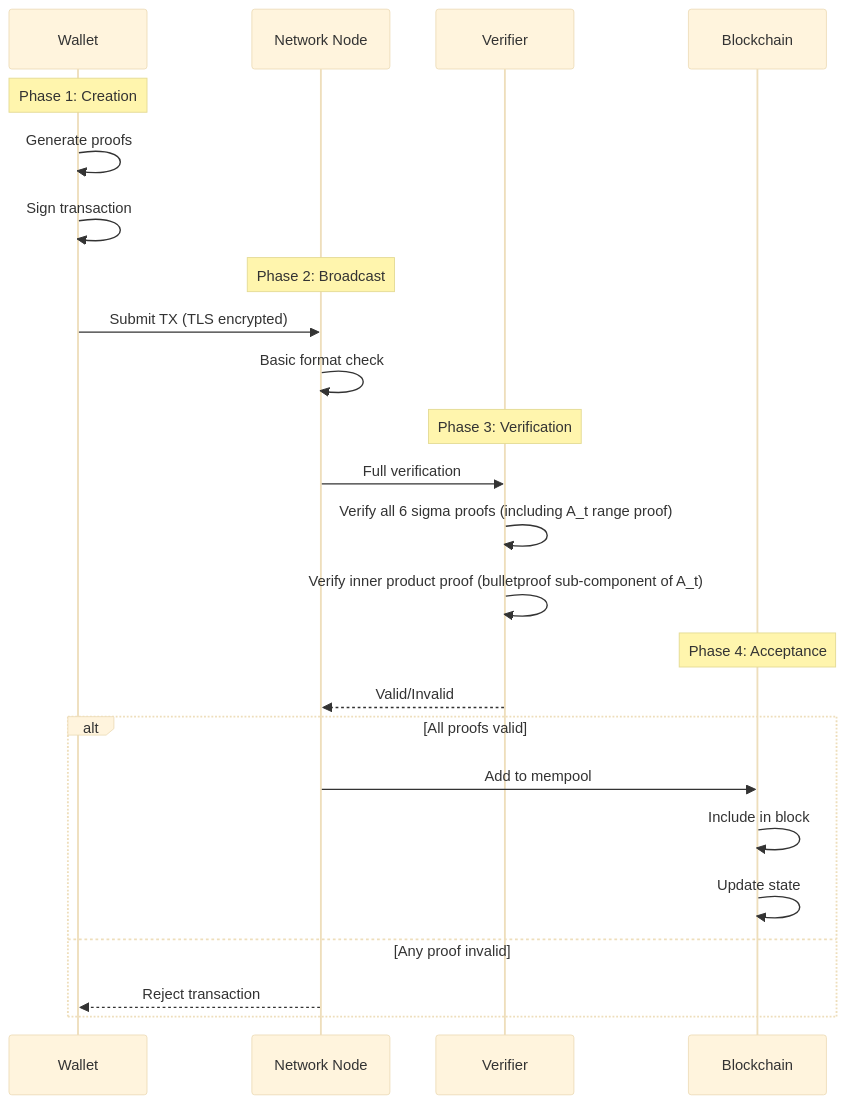
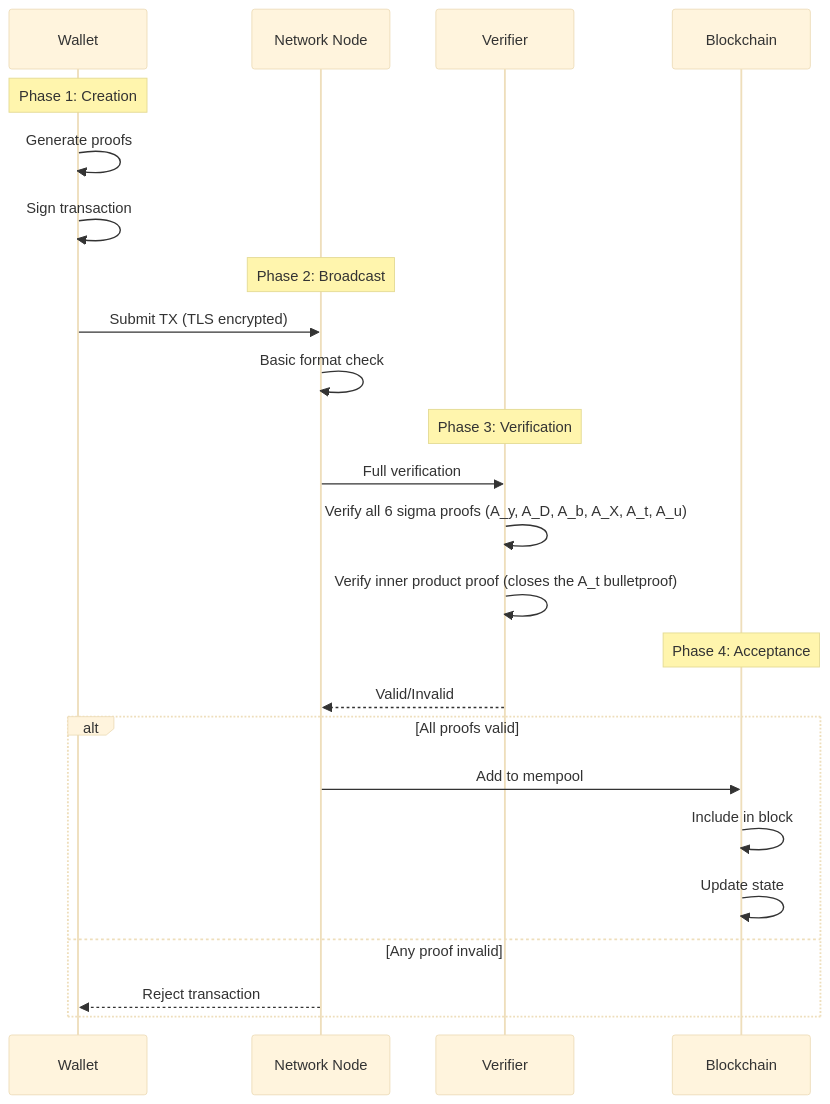
Before and after one commit to DHEBP/dero-docs: the first of 6 diagrams in derod-main/pages/integrity/proof-verification-flow.mdx, drawn with Mermaid (base theme). The commit also changed other lines of this file and 8 other files, not shown here.

````diff
--- a/derod-main/pages/integrity/proof-verification-flow.mdx
+++ b/derod-main/pages/integrity/proof-verification-flow.mdx
@@ -24,30 +24,30 @@
 ```mermaid
 sequenceDiagram
     participant W as Wallet
     participant N as Network Node
     participant V as Verifier
     participant BC as Blockchain
     
     Note over W: Phase 1: Creation
     W->>W: Generate proofs
     W->>W: Sign transaction
     
     Note over N: Phase 2: Broadcast
     W->>N: Submit TX (TLS encrypted)
     N->>N: Basic format check
     
     Note over V: Phase 3: Verification
     N->>V: Full verification
-    V->>V: Verify all 6 sigma proofs (including A_t range proof)
-    V->>V: Verify inner product proof (bulletproof sub-component of A_t)
+    V->>V: Verify all 6 sigma proofs (A_y, A_D, A_b, A_X, A_t, A_u)
+    V->>V: Verify inner product proof (closes the A_t bulletproof)
     
     Note over BC: Phase 4: Acceptance
     V-->>N: Valid/Invalid
     alt All proofs valid
         N->>BC: Add to mempool
         BC->>BC: Include in block
         BC->>BC: Update state
     else Any proof invalid
         N-->>W: Reject transaction
     end
 ```
````
